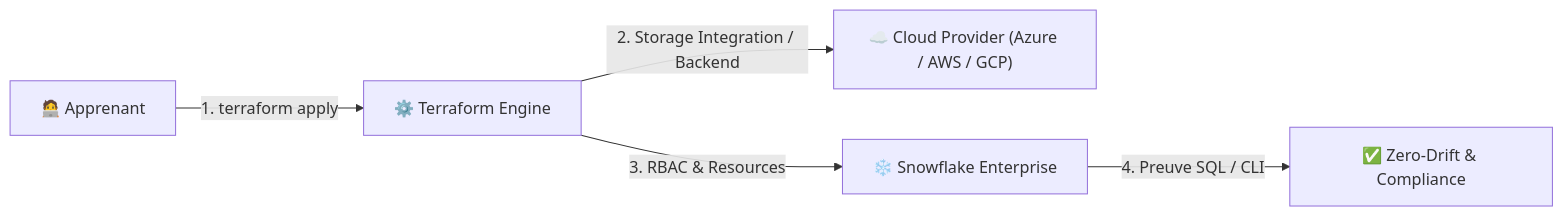
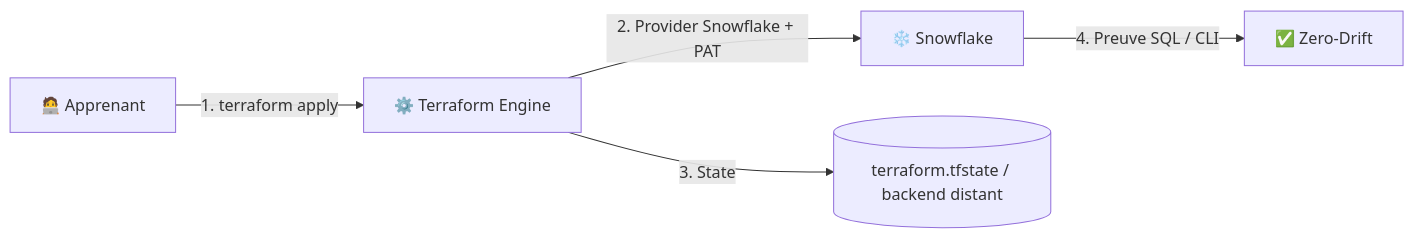
One commit to msellamiTN/data-plateform-iac changed the diagram in courses/_templates/lab.template.md. Above: the diagram before and after it, drawn with Mermaid. The commit also changed other lines of this file and 142 other files, not shown here.

First line of the commit message:
Refonte du parcours Terraform/Snowflake 3+2 jours pour 11 profils hétérogènes.

````diff
--- a/courses/_templates/lab.template.md
+++ b/courses/_templates/lab.template.md
@@ -24,7 +24,7 @@
 ```mermaid
 flowchart LR
     DEV["🧑‍💻 Apprenant"] -->|"1. terraform apply"| TF["⚙️ Terraform Engine"]
-    TF -->|"2. Storage Integration / Backend"| CLOUD["☁️ Cloud Provider (Azure / AWS / GCP)"]
-    TF -->|"3. RBAC & Resources"| SF["❄️ Snowflake Enterprise"]
-    SF -->|"4. Preuve SQL / CLI"| AUDIT["✅ Zero-Drift & Compliance"]
+    TF -->|"2. Provider Snowflake + PAT"| SF["❄️ Snowflake"]
+    TF -->|"3. State"| STATE[(terraform.tfstate / backend distant)]
+    SF -->|"4. Preuve SQL / CLI"| AUDIT["✅ Zero-Drift"]
 ```
````
